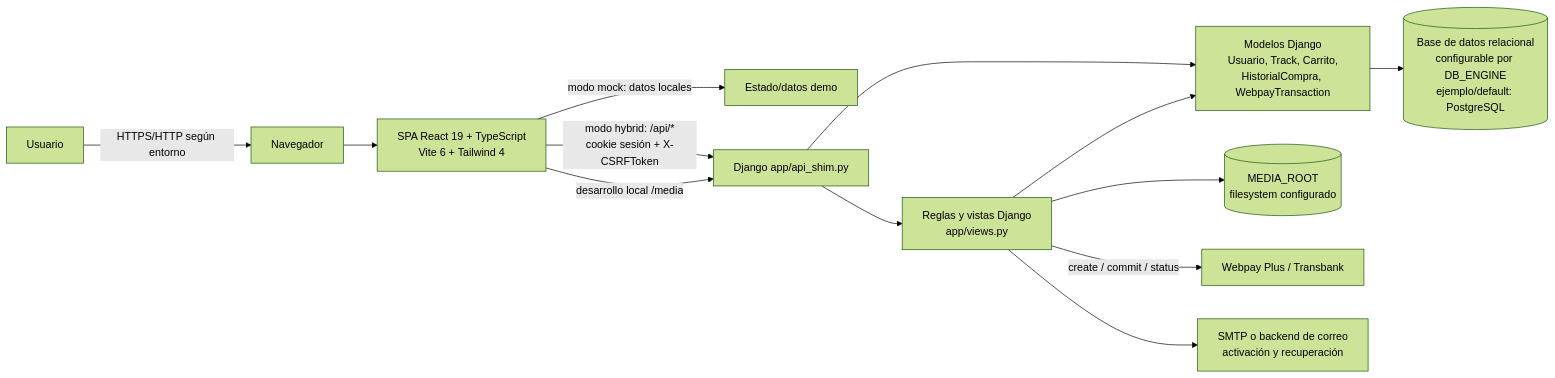
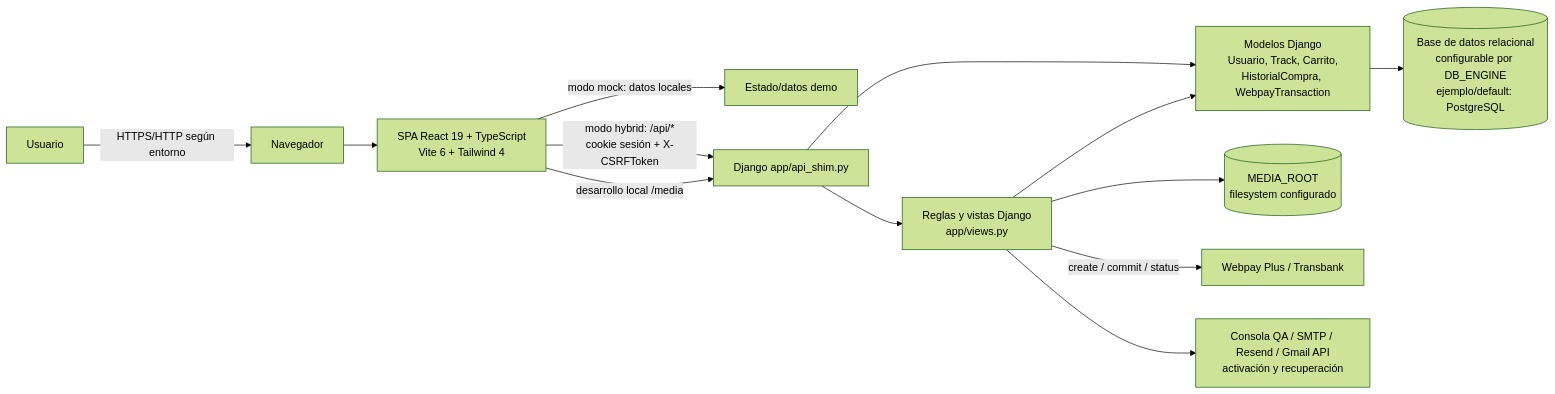
The diagram in docs/entrega-apt/arquitectura.md (felipe-urtubia/BeatsCloud), drawn with Mermaid (forest theme) before and after one commit. The commit also changed other lines of this file and 8 other files, not shown here.

````diff
--- a/docs/entrega-apt/arquitectura.md
+++ b/docs/entrega-apt/arquitectura.md
@@ -7,15 +7,15 @@
 ```mermaid
 flowchart LR
   U[Usuario] -->|HTTPS/HTTP según entorno| B[Navegador]
   B --> SPA[SPA React 19 + TypeScript<br/>Vite 6 + Tailwind 4]
   SPA -->|modo mock: datos locales| MOCK[Estado/datos demo]
   SPA -->|modo hybrid: /api/*<br/>cookie sesión + X-CSRFToken| API[Django app/api_shim.py]
   API --> VIEWS[Reglas y vistas Django<br/>app/views.py]
   API --> MODELS[Modelos Django<br/>Usuario, Track, Carrito,<br/>HistorialCompra, WebpayTransaction]
   VIEWS --> MODELS
   MODELS --> DB[(Base de datos relacional<br/>configurable por DB_ENGINE<br/>ejemplo/default: PostgreSQL)]
   VIEWS --> FS[(MEDIA_ROOT<br/>filesystem configurado)]
   VIEWS -->|create / commit / status| WEBPAY[Webpay Plus / Transbank]
-  VIEWS --> SMTP[SMTP o backend de correo<br/>activación y recuperación]
+  VIEWS --> MAIL[Consola QA / SMTP / Resend / Gmail API<br/>activación y recuperación]
   SPA -->|desarrollo local /media| API
 ```
````
